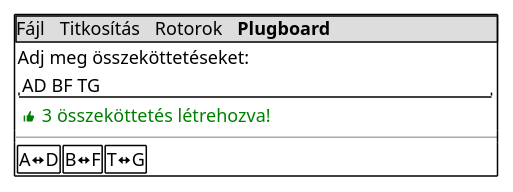
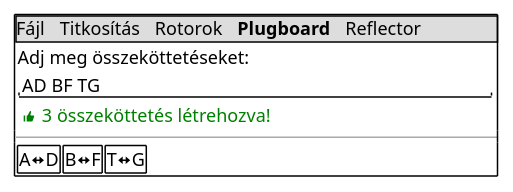
The diagram in docs/spec/plugboardconfig.puml (lolfail/enigma-nhf), drawn with PlantUML before and after one commit. The commit also changed 4 other files, not shown here.

```diff
--- a/docs/spec/plugboardconfig.puml
+++ b/docs/spec/plugboardconfig.puml
@@ -1,18 +1,18 @@
 @startsalt
 {+
-  {* Fájl | Titkosítás | Rotorok | **Plugboard** }
+  {* Fájl | Titkosítás | Rotorok | **Plugboard** | Reflector }
 
   {
     Adj meg összeköttetéseket:
     "AD BF TG                               "
     <color:green> <&thumb-up> 3 összeköttetés létrehozva!</color>
   }
 
   ----
 
   {
     {+ A<&resize-width>D} | {+ B<&resize-width>F} | {+ T<&resize-width>G}
   }
 
 }
 @endsalt
```
